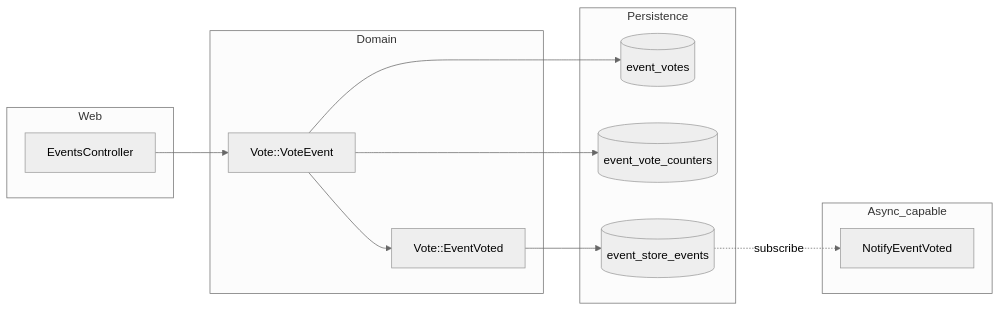
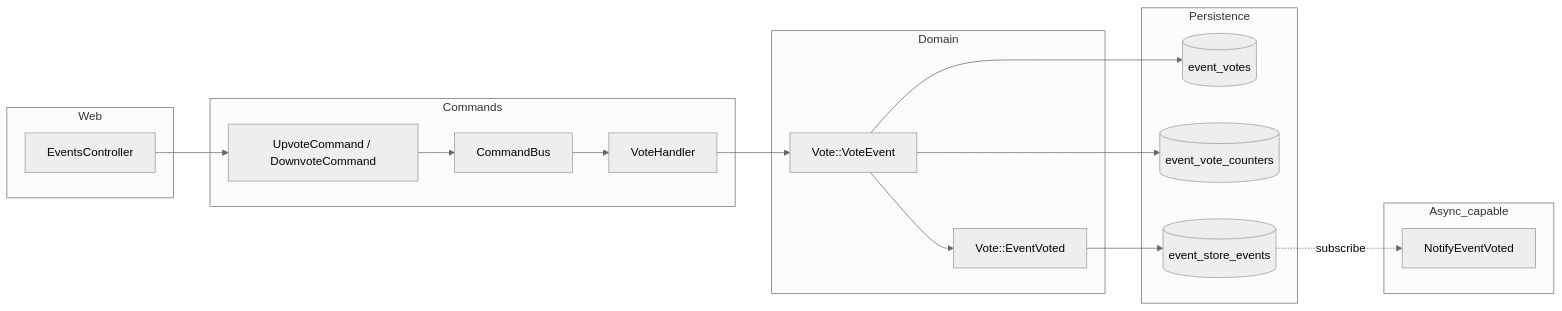
The diagram in README.md (nilay/billeto-events), drawn with Mermaid (neutral theme) before and after one commit. The commit also changed other lines of this file, not shown here.

````diff
--- a/README.md
+++ b/README.md
@@ -33,24 +34,32 @@
 ```mermaid
 flowchart LR
   subgraph Web
     A[EventsController]
+  end
+  subgraph Commands
+    CB[CommandBus]
+    UC[UpvoteCommand / DownvoteCommand]
+    VH[VoteHandler]
   end
   subgraph Domain
     B[Vote::VoteEvent]
     C[Vote::EventVoted]
   end
   subgraph Persistence
     D[(event_votes)]
     E[(event_vote_counters)]
     F[(event_store_events)]
   end
   subgraph Async_capable
     G[NotifyEventVoted]
   end
-  A --> B
+  A --> UC
+  UC --> CB
+  CB --> VH
+  VH --> B
   B --> D
   B --> E
   B --> C
   C --> F
   F -.->|subscribe| G
 ```
````
